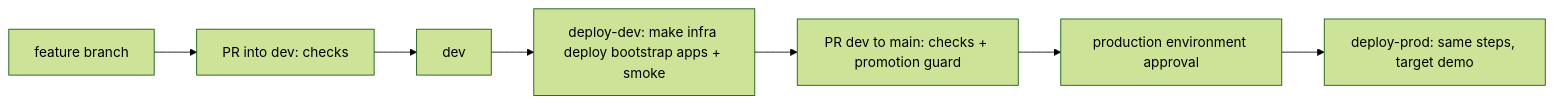
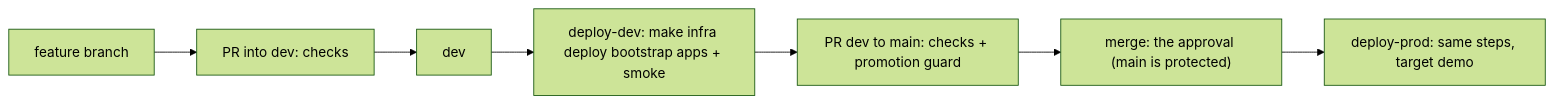
Before and after one commit to katruprincy83/eqds-agents: the diagram in docs/cicd.md, drawn with Mermaid (forest theme). The commit also changed other lines of this file and 7 other files, not shown here.

````diff
--- a/docs/cicd.md
+++ b/docs/cicd.md
@@ -26,9 +26,9 @@
 ```mermaid
 flowchart LR
   featureBranch[feature branch] --> prChecks[PR into dev: checks]
   prChecks --> devBranch[dev]
   devBranch --> deployDev["deploy-dev: make infra deploy bootstrap apps + smoke"]
   deployDev --> mainPr["PR dev to main: checks + promotion guard"]
-  mainPr --> approval[production environment approval]
+  mainPr --> approval["merge: the approval (main is protected)"]
   approval --> deployProd["deploy-prod: same steps, target demo"]
 ```
````
